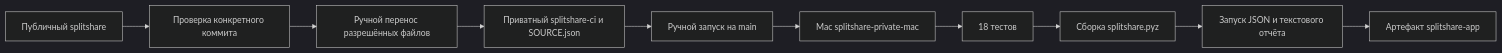
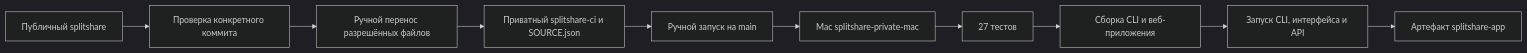
The diagram in wiki/CI-CD.md (eductionnn-netizen/splitshare), drawn with Mermaid (dark theme) before and after one commit. The commit also changed other lines of this file and 17 other files, not shown here.

````diff
--- a/wiki/CI-CD.md
+++ b/wiki/CI-CD.md
@@ -3,12 +3,12 @@
 ```mermaid
 flowchart LR
     Source[Публичный splitshare] --> Review[Проверка конкретного коммита]
     Review --> Copy[Ручной перенос разрешённых файлов]
     Copy --> Private[Приватный splitshare-ci и SOURCE.json]
     Private --> Manual[Ручной запуск на main]
     Manual --> Runner[Mac splitshare-private-mac]
-    Runner --> Tests[18 тестов]
-    Tests --> Build[Сборка splitshare.pyz]
-    Build --> Smoke[Запуск JSON и текстового отчёта]
+    Runner --> Tests[27 тестов]
+    Tests --> Build[Сборка CLI и веб-приложения]
+    Build --> Smoke[Запуск CLI, интерфейса и API]
     Smoke --> Artifact[Артефакт splitshare-app]
 ```
````
